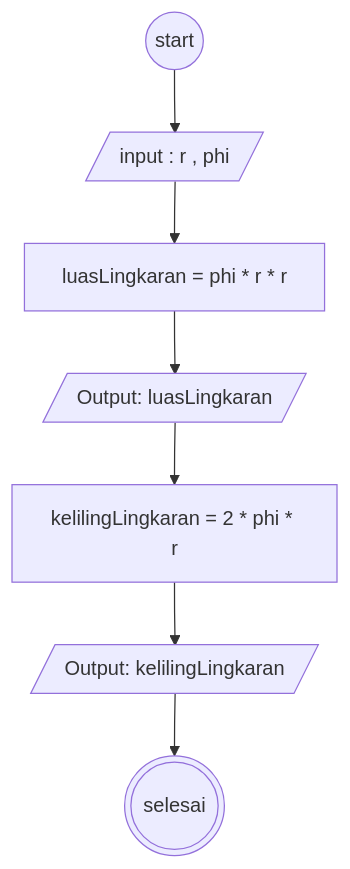
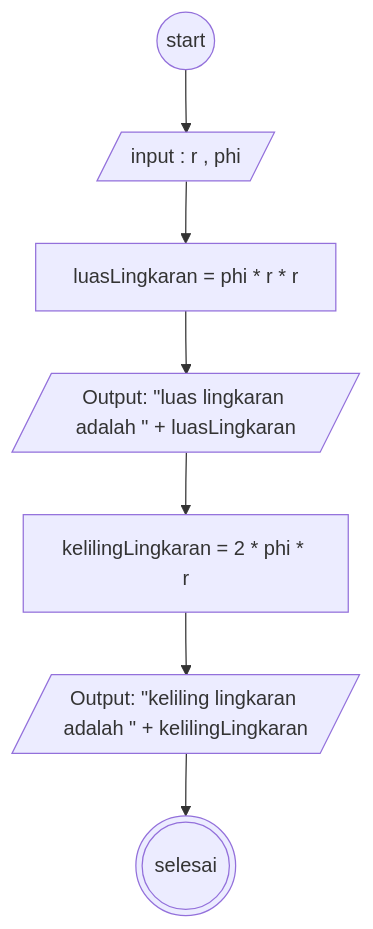
The diagram in README.md (adityabastyas/koda-b6-javascript1), drawn with Mermaid before and after one commit.

Commit message:
Fix formatting in README.md flowchart section

````diff
--- a/README.md
+++ b/README.md
@@ -7,18 +7,18 @@
 ```mermaid
 flowchart TD
 
   A@{shape: circle, label: "start"}
   B@{shape: lean-r, label: "input : r , phi"}
-  C@{shape: rect, label: luasLingkaran = phi * r * r}
-  D@{shape: lean-r, label: "Output: luasLingkaran"}
+  C@{shape: rect, label: "luasLingkaran =  phi * r * r"}
+  D@{shape: lean-r, label: 'Output: "luas lingkaran adalah " + luasLingkaran'}
   E@{shape: rect, label: "kelilingLingkaran = 2 * phi * r"}
-  F@{shape: lean-r, label: "Output: kelilingLingkaran"}
+  F@{shape: lean-r, label: 'Output: "keliling lingkaran adalah " + kelilingLingkaran'}
   G@{shape: dbl-circ, label: "selesai"}
 
   A --> B
   B --> C
   C --> D
   D --> E
   E --> F
   F --> G
 ```
````
